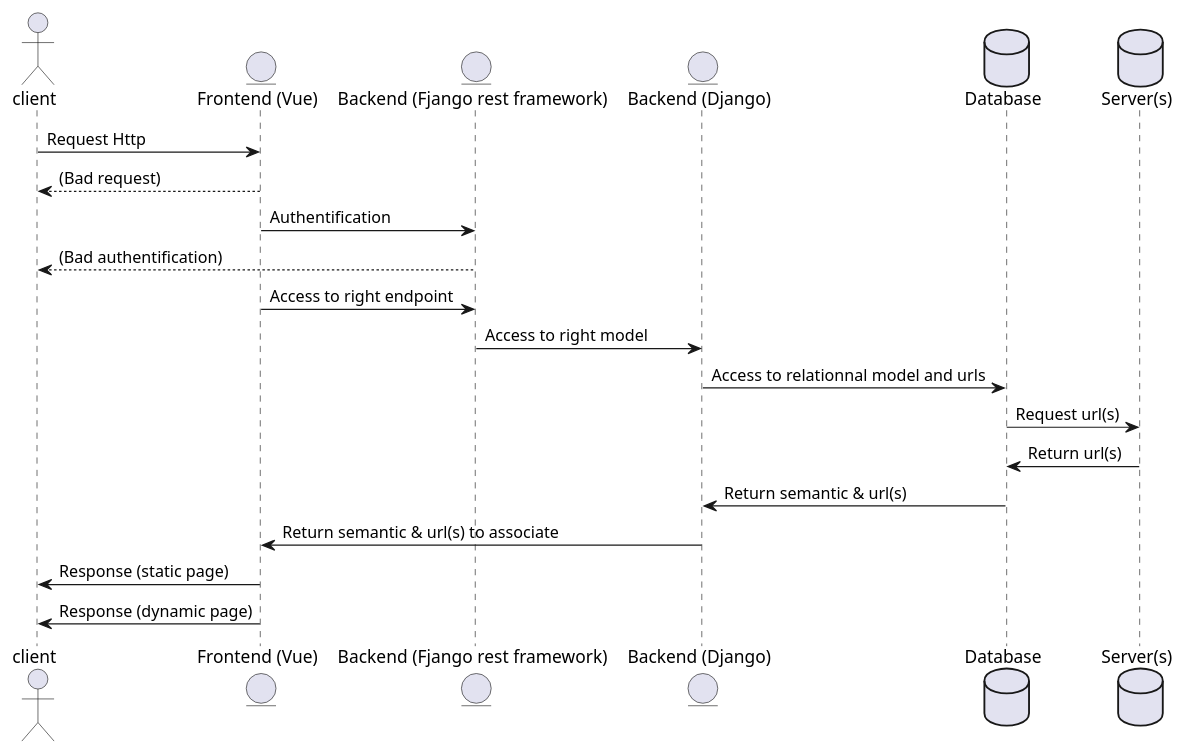
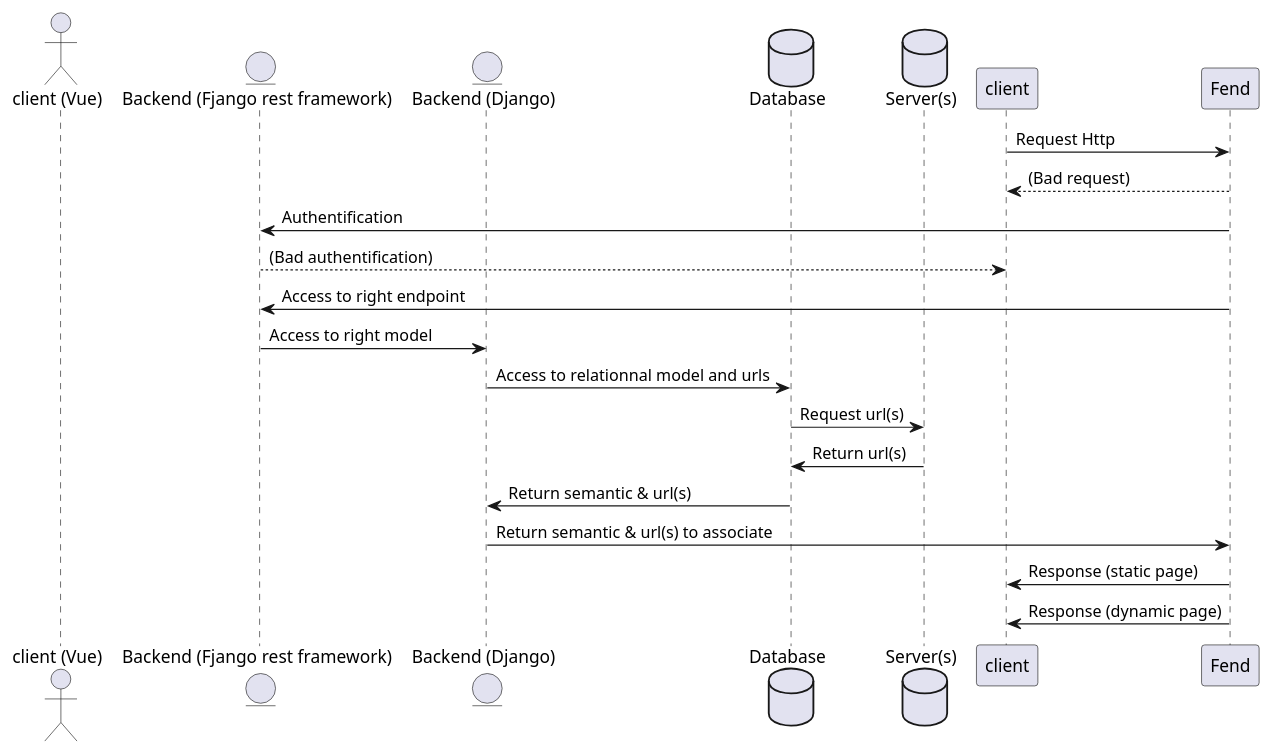
One commit to Hendercraft/TTM-API changed the diagram in diagrams/src/architecture_sequence.puml. Above: the diagram before and after it, drawn with PlantUML. The commit also changed 7 other files, not shown here.

Commit message:
Add more diagrams (context overview) & trying to fix test code

```diff
--- a/diagrams/src/architecture_sequence.puml
+++ b/diagrams/src/architecture_sequence.puml
@@ -1,25 +1,23 @@
 @startuml architecture_sequence
 
-actor client
-entity "Frontend (Vue)" as Fend
+actor "client (Vue)"
 entity "Backend (Fjango rest framework)" as Bdrf
 entity "Backend (Django)" as Bdj
 database "Database" as db
 database "Server(s)" as s
 
 client -> Fend: Request Http
 Fend --> client: (Bad request)
 Fend -> Bdrf: Authentification
 Bdrf --> client: (Bad authentification)
 Fend -> Bdrf: Access to right endpoint
 Bdrf -> Bdj: Access to right model
 Bdj -> db: Access to relationnal model and urls
 db -> s: Request url(s)
 s -> db: Return url(s)
 db -> Bdj: Return semantic & url(s)
 Bdj -> Fend: Return semantic & url(s) to associate
 Fend -> client: Response (static page)
 Fend -> client: Response (dynamic page)
 
-
 @enduml
```
